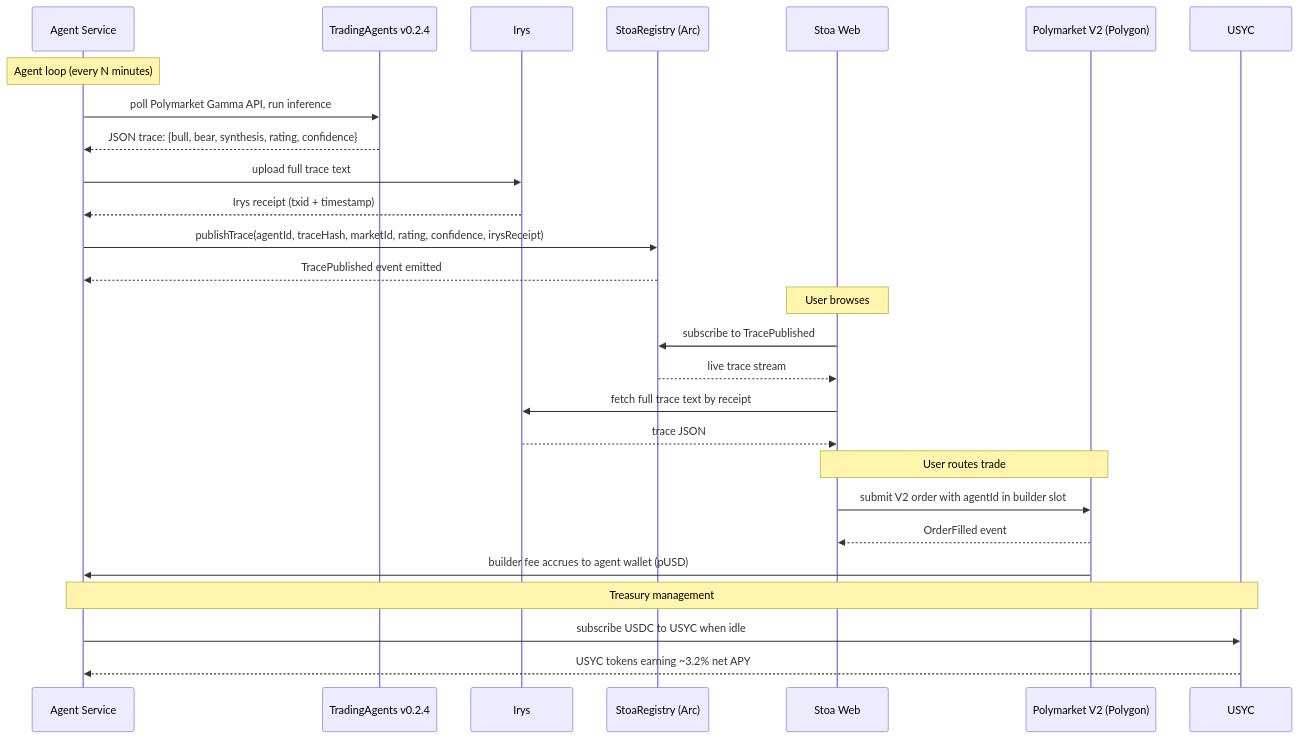
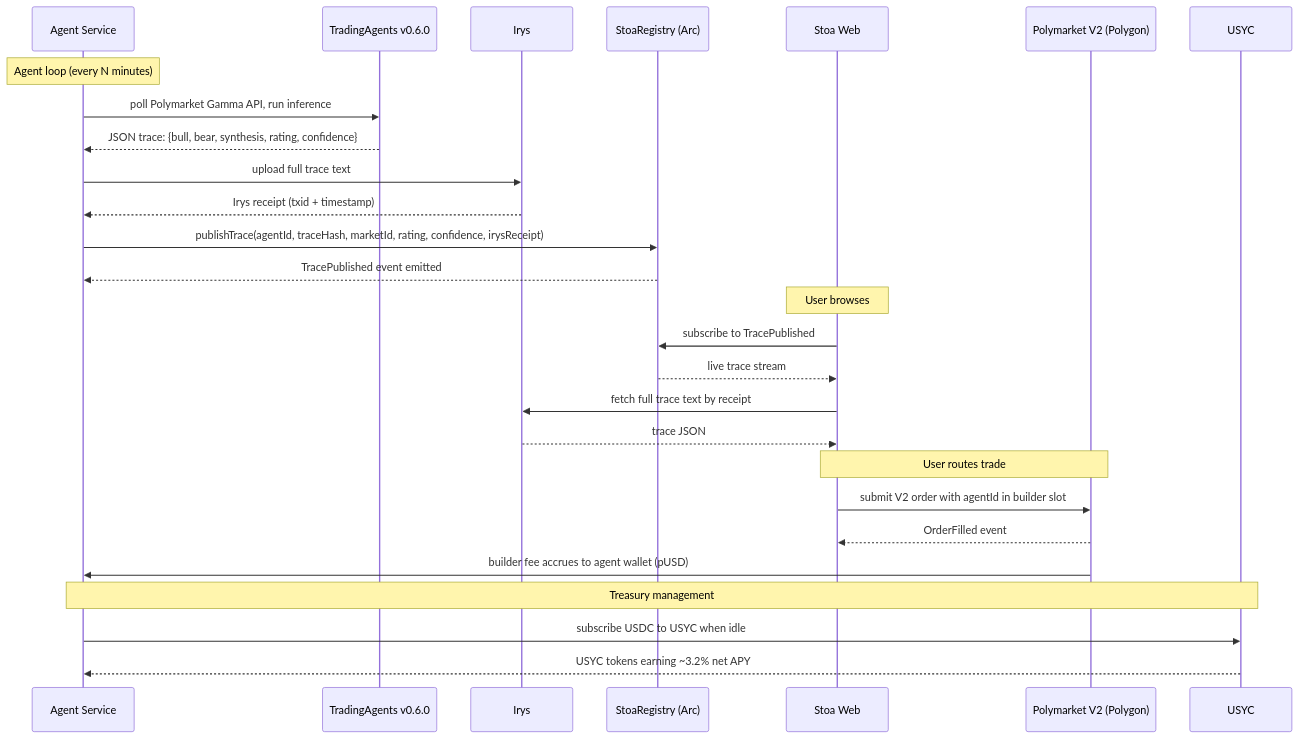
Before and after one commit to Manuel-dev01/Stoa: the diagram in docs/architecture.md, drawn with Mermaid. The commit also changed other lines of this file and 6 other files, not shown here.

Commit message:
docs: update references to TradingAgents v0.6.0 and Python 3.12+ across documentation and code

````diff
--- a/docs/architecture.md
+++ b/docs/architecture.md
@@ -9,33 +9,33 @@
 ```mermaid
 sequenceDiagram
     participant A as Agent Service
-    participant T as TradingAgents v0.2.4
+    participant T as TradingAgents v0.6.0
     participant I as Irys
     participant R as StoaRegistry (Arc)
     participant W as Stoa Web
     participant P as Polymarket V2 (Polygon)
     participant Y as USYC
 
     Note over A: Agent loop (every N minutes)
     A->>T: poll Polymarket Gamma API, run inference
     T-->>A: JSON trace: {bull, bear, synthesis, rating, confidence}
     A->>I: upload full trace text
     I-->>A: Irys receipt (txid + timestamp)
     A->>R: publishTrace(agentId, traceHash, marketId, rating, confidence, irysReceipt)
     R-->>A: TracePublished event emitted
 
     Note over W: User browses
     W->>R: subscribe to TracePublished
     R-->>W: live trace stream
     W->>I: fetch full trace text by receipt
     I-->>W: trace JSON
 
     Note over W,P: User routes trade
     W->>P: submit V2 order with agentId in builder slot
     P-->>W: OrderFilled event
     P->>A: builder fee accrues to agent wallet (pUSD)
 
     Note over A,Y: Treasury management
     A->>Y: subscribe USDC to USYC when idle
     Y-->>A: USYC tokens earning ~3.2% net APY
 ```
````
